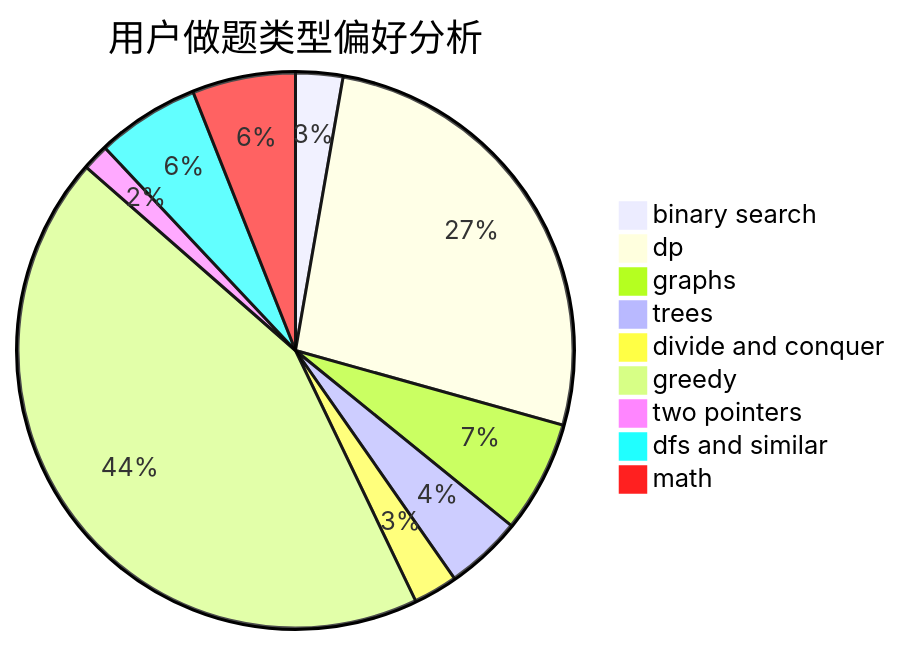
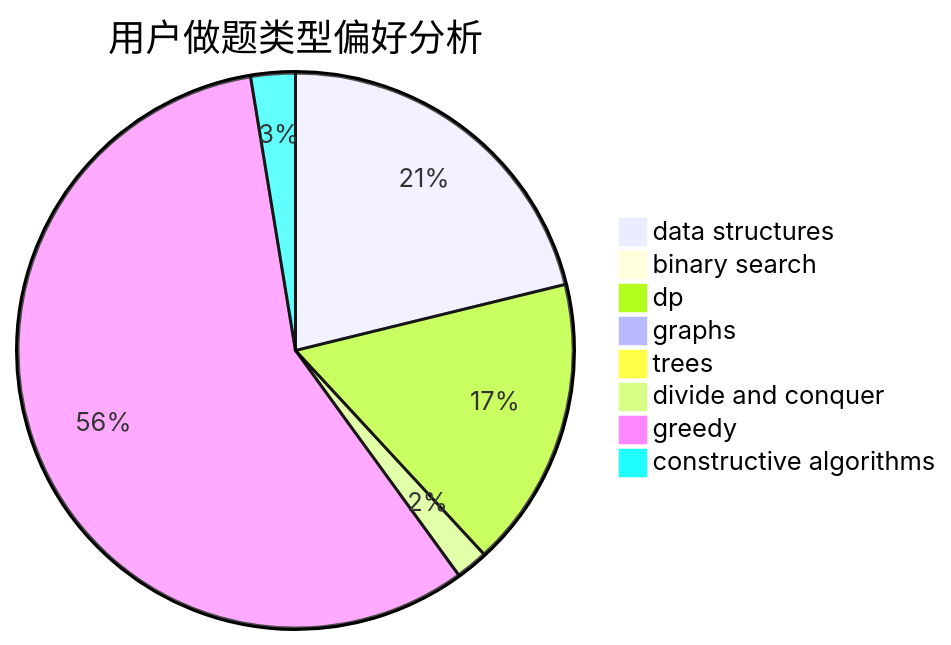
One commit to sherpahu/cfrs.github.io changed the second of 3 diagrams in docs/user/u468.md. Above: the diagram before and after it, drawn with Mermaid. The commit also changed other lines of this file and 2775 other files, not shown here.

````diff
--- a/docs/user/u468.md
+++ b/docs/user/u468.md
@@ -23,12 +23,11 @@
 ```mermaid
 pie title 用户做题类型偏好分析
-    "binary search" :  16
-    "dp" :  155
-    "graphs" :  38
-    "trees" :  26
-    "divide and conquer" :  15
-    "greedy" :  254
-    "two pointers" :  9
-    "dfs and similar" :  35
-    "math" :  35
+    "data structures" :  90
+    "binary search" :  1
+    "dp" :  72
+    "graphs" :  4
+    "trees" :  4
+    "divide and conquer" :  8
+    "greedy" :  244
+    "constructive algorithms" :  11
 ```
````
